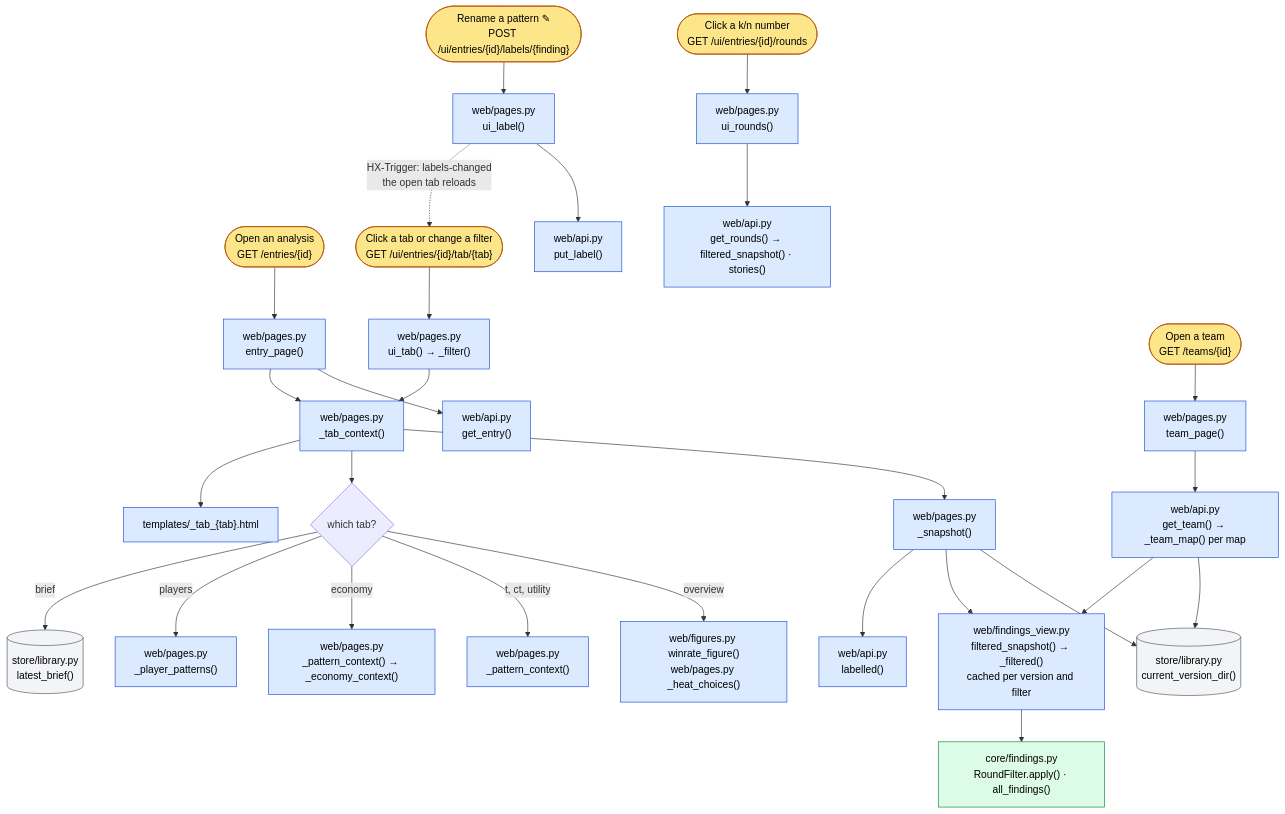
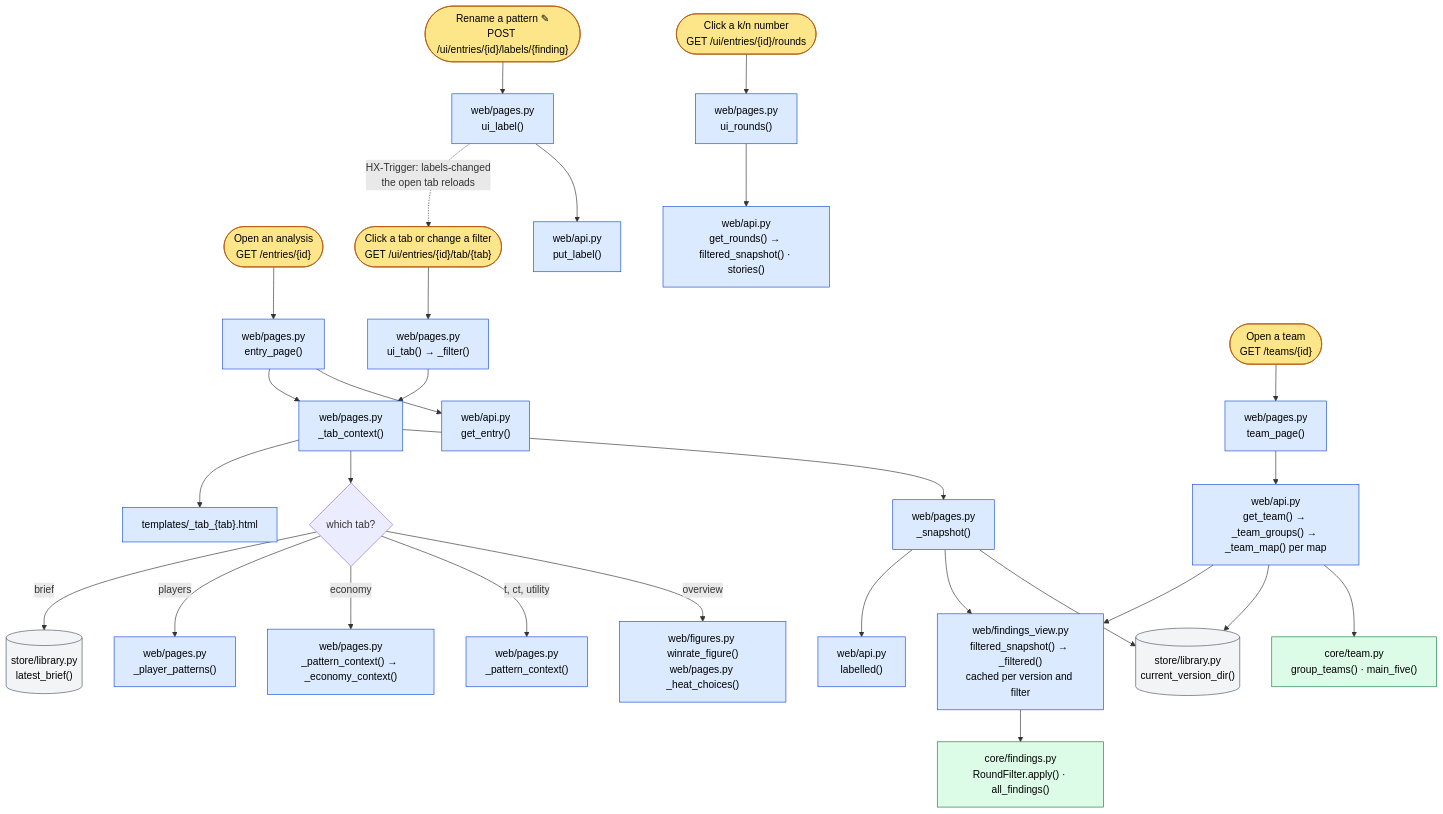
One commit to GeorgeMac06/CS2-demo-analyser changed the sixth of 9 diagrams in docs/workflows/call-graph.md. Above: the diagram before and after it, drawn with Mermaid. The commit also changed 8 other files, not shown here.

````diff
--- a/docs/workflows/call-graph.md
+++ b/docs/workflows/call-graph.md
@@ -193,35 +193,36 @@
 ```mermaid
 flowchart TD
   U1(["Open an analysis<br/>GET /entries/{id}"]):::user --> EP["web/pages.py<br/>entry_page()"]:::web
   U2(["Click a tab or change a filter<br/>GET /ui/entries/{id}/tab/{tab}"]):::user --> UT["web/pages.py<br/>ui_tab() → _filter()"]:::web
   EP --> GE["web/api.py<br/>get_entry()"]:::web
   U0(["Open a team<br/>GET /teams/{id}"]):::user --> TP["web/pages.py<br/>team_page()"]:::web
-  TP --> GT["web/api.py<br/>get_team() → _team_map() per map"]:::web
+  TP --> GT["web/api.py<br/>get_team() → _team_groups() → _team_map() per map"]:::web
+  GT --> GG["core/team.py<br/>group_teams() · main_five()"]:::core
   GT --> VD
   GT --> FS
   EP --> TC
   UT --> TC["web/pages.py<br/>_tab_context()"]:::web
   TC --> SN["web/pages.py<br/>_snapshot()"]:::web
   SN --> VD[("store/library.py<br/>current_version_dir()")]:::store
   SN --> FS["web/findings_view.py<br/>filtered_snapshot() → _filtered()<br/>cached per version and filter"]:::web
   FS --> RF["core/findings.py<br/>RoundFilter.apply() · all_findings()"]:::core
   SN --> LB["web/api.py<br/>labelled()"]:::web
   TC --> Q{"which tab?"}
   Q -->|"overview"| OV["web/figures.py winrate_figure()<br/>web/pages.py _heat_choices()"]:::web
   Q -->|"t, ct, utility"| PC["web/pages.py<br/>_pattern_context()"]:::web
   Q -->|"economy"| EC["web/pages.py<br/>_pattern_context() → _economy_context()"]:::web
   Q -->|"players"| PP["web/pages.py<br/>_player_patterns()"]:::web
   Q -->|"brief"| BR[("store/library.py<br/>latest_brief()")]:::store
   TC --> PG["templates/_tab_{tab}.html"]:::web
 
   U3(["Click a k/n number<br/>GET /ui/entries/{id}/rounds"]):::user --> UR["web/pages.py<br/>ui_rounds()"]:::web
   UR --> GR["web/api.py<br/>get_rounds() → filtered_snapshot() · stories()"]:::web
   U4(["Rename a pattern ✎<br/>POST /ui/entries/{id}/labels/{finding}"]):::user --> UL["web/pages.py<br/>ui_label()"]:::web
   UL --> PL["web/api.py<br/>put_label()"]:::web
   UL -.->|"HX-Trigger: labels-changed<br/>the open tab reloads"| U2
 
   classDef user fill:#fde68a,stroke:#b45309,color:#000
   classDef web fill:#dbeafe,stroke:#1d4ed8,color:#000
   classDef core fill:#dcfce7,stroke:#15803d,color:#000
   classDef store fill:#f3f4f6,stroke:#4b5563,color:#000
 ```
````
